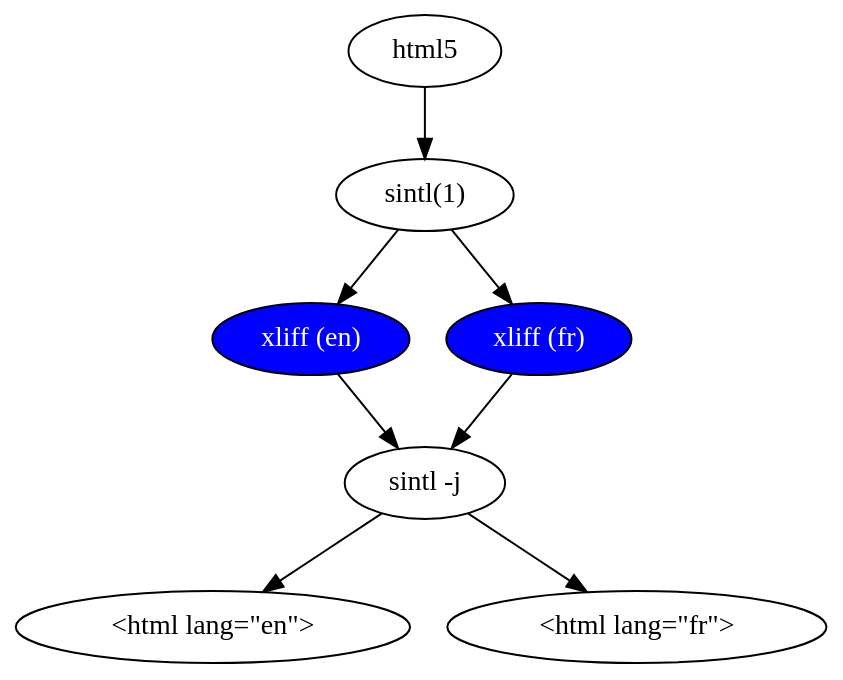
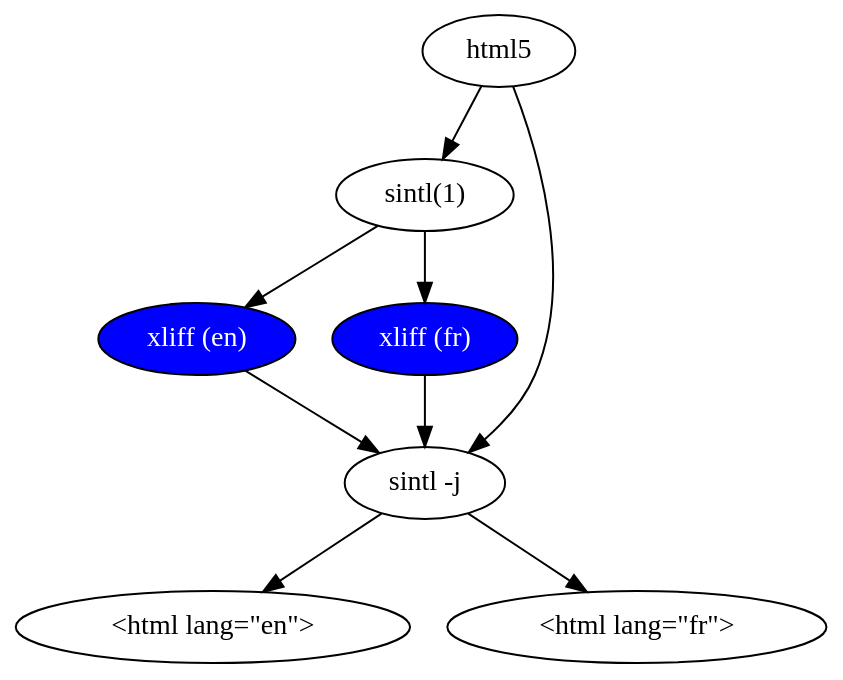
One commit to kristapsdz/bchs changed the diagram in translate-fig3.dot. Above: the diagram before and after it, drawn with Graphviz. The commit also changed 1 other file, not shown here.

```diff
--- a/translate-fig3.dot
+++ b/translate-fig3.dot
@@ -1,23 +1,25 @@
 digraph {
 	bgcolor="transparent";
 
 	config [label="html5"];
 	bin [label="sintl(1)"];
 	bin2 [label="sintl -j"];
 
 	xliffen [label="xliff (en)", style="filled", fillcolor="blue", fontcolor="white"];
 	xlifffr [label="xliff (fr)", style="filled", fillcolor="blue", fontcolor="white"];
 
 	htmlen [label="<html lang=\"en\">"]
 	htmlfr [label="<html lang=\"fr\">"]
 
 	config -> bin;
 	bin -> xliffen;
 	bin -> xlifffr;
 
 	xliffen -> bin2;
 	xlifffr -> bin2;
 
+	config -> bin2;
+
 	bin2 -> htmlen;
 	bin2 -> htmlfr;
 }
```
